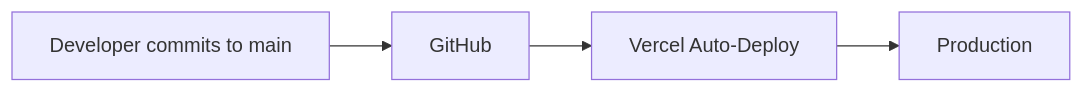
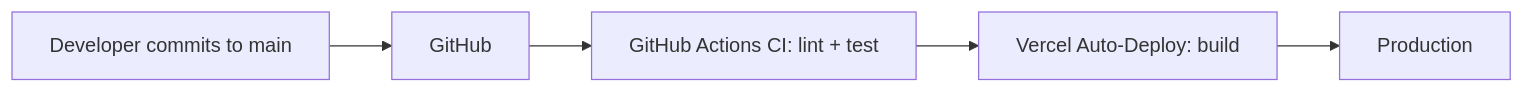
Before and after one commit to prokopHouda/history_game: the seventh of 7 diagrams in docs/architecture.md, drawn with Mermaid. The commit also changed other lines of this file and 11 other files, not shown here.

First line of the commit message:
test: add Vitest test suite + GitHub Actions CI

````diff
--- a/docs/architecture.md
+++ b/docs/architecture.md
@@ -362,6 +374,7 @@
 ```mermaid
 flowchart LR
     A["Developer commits to main"] --> B["GitHub"]
-    B --> C["Vercel Auto-Deploy"]
-    C --> D["Production"]
+    B --> C["GitHub Actions CI: lint + test"]
+    C --> D["Vercel Auto-Deploy: build"]
+    D --> E["Production"]
 ```
````
